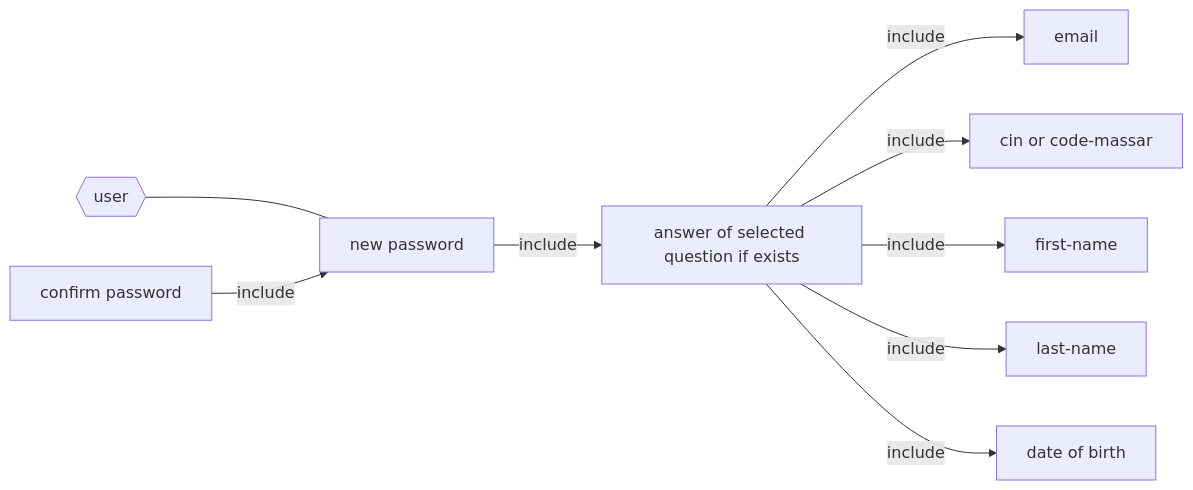
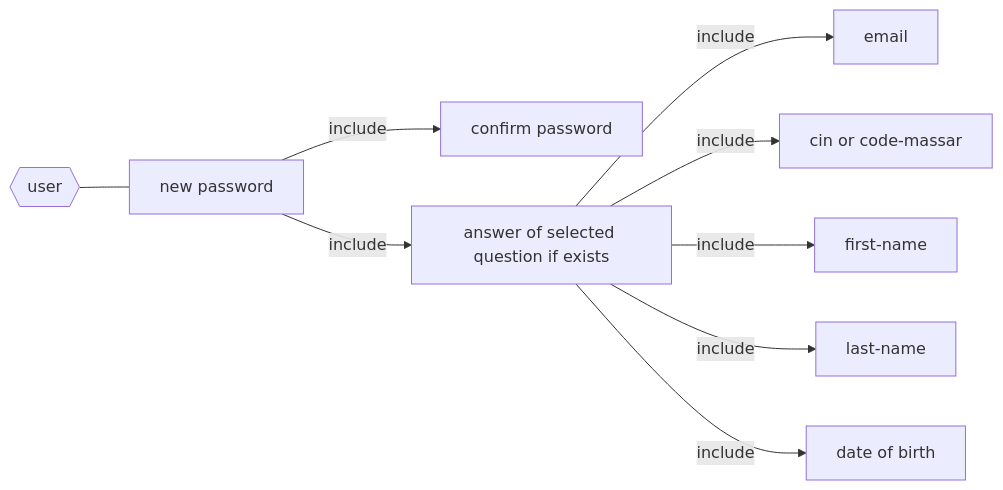
Before and after one commit to idlli/E-Campus: the diagram in diagrams/reset-password.md, drawn with Mermaid.

````diff
--- a/diagrams/reset-password.md
+++ b/diagrams/reset-password.md
@@ -2,11 +2,11 @@
 ```mermaid
 graph LR
     user{{user}} --- n-password[new password]
-    c-password[confirm password] --> |include| n-password
+    n-password --> |include| c-password[confirm password]
     n-password --> |include| answer[answer of selected question if exists]
     answer --> |include| email
     answer --> |include| cin[cin or code-massar]
     answer --> |include| f-name[first-name]
     answer --> |include| l-name[last-name]
     answer --> |include| d-birth[date of birth]
 ```
````
